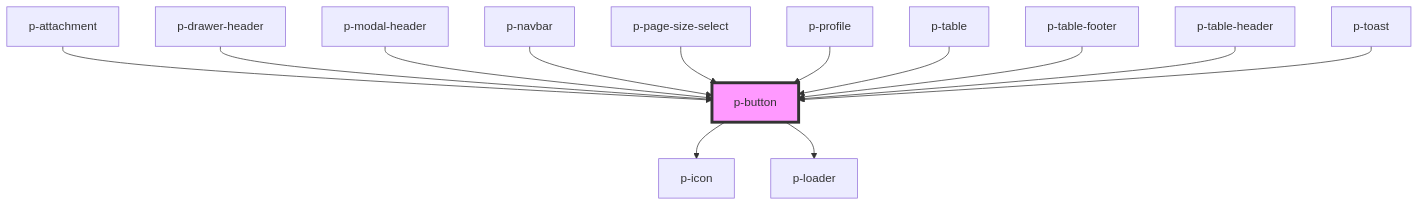
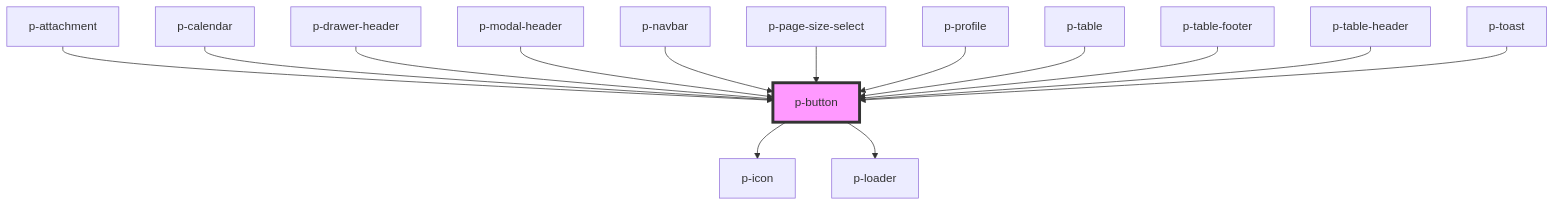
One commit to Employes/Paperless changed the diagram in packages/core/src/components/molecules/button/readme.md. Above: the diagram before and after it, drawn with Mermaid. The commit also changed other lines of this file and 9 other files, not shown here.

````diff
--- a/packages/core/src/components/molecules/button/readme.md
+++ b/packages/core/src/components/molecules/button/readme.md
@@ -62,16 +63,17 @@
 ```mermaid
 graph TD;
   p-button --> p-icon
   p-button --> p-loader
   p-attachment --> p-button
+  p-calendar --> p-button
   p-drawer-header --> p-button
   p-modal-header --> p-button
   p-navbar --> p-button
   p-page-size-select --> p-button
   p-profile --> p-button
   p-table --> p-button
   p-table-footer --> p-button
   p-table-header --> p-button
   p-toast --> p-button
   style p-button fill:#f9f,stroke:#333,stroke-width:4px
 ```
````
